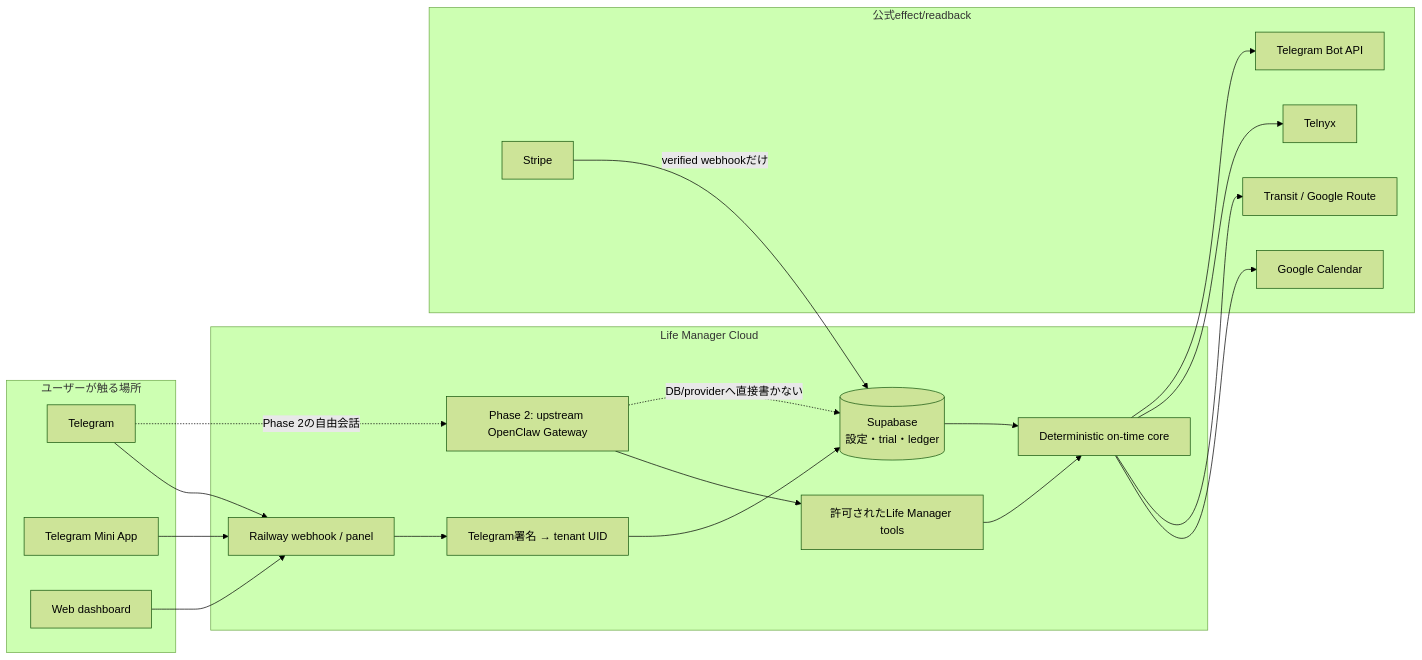
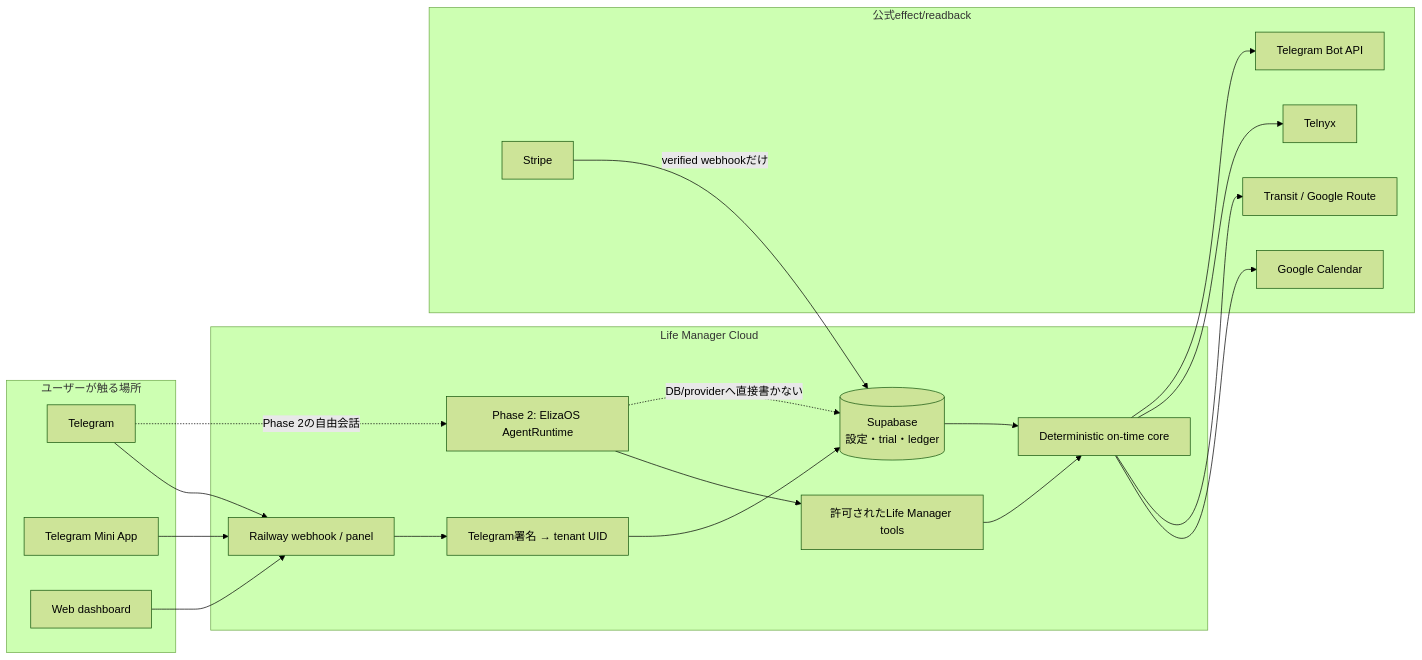
The third of 11 diagrams in docs/superpowers/specs/2026-08-28-life-manager-cloud-telegram-product-ux-design.md (Daisuke134/anicca), drawn with Mermaid (forest theme) before and after one commit. The commit also changed other lines of this file and 1 other file, not shown here.

Commit message:
docs(life-manager): select ElizaOS after code audit

````diff
--- a/docs/superpowers/specs/2026-08-28-life-manager-cloud-telegram-product-ux-design.md
+++ b/docs/superpowers/specs/2026-08-28-life-manager-cloud-telegram-product-ux-design.md
@@ -155,39 +155,39 @@
 ```mermaid
 flowchart LR
   subgraph CHANNELS[ユーザーが触る場所]
     TG[Telegram]
     MINI[Telegram Mini App]
     WEB[Web dashboard]
   end
 
   subgraph CLOUD[Life Manager Cloud]
     EDGE[Railway webhook / panel]
     ID[Telegram署名 → tenant UID]
     DB[(Supabase\n設定・trial・ledger)]
     CORE[Deterministic on-time core]
-    CHAT[Phase 2: upstream OpenClaw Gateway]
+    CHAT[Phase 2: ElizaOS AgentRuntime]
     TOOLS[許可されたLife Manager tools]
   end
 
   subgraph PROVIDERS[公式effect/readback]
     GC[Google Calendar]
     ROUTE[Transit / Google Route]
     TX[Telnyx]
     API[Telegram Bot API]
     STRIPE[Stripe]
   end
 
   TG --> EDGE
   MINI --> EDGE
   WEB --> EDGE
   EDGE --> ID --> DB
   DB --> CORE
   CORE --> GC
   CORE --> ROUTE
   CORE --> TX
   CORE --> API
   STRIPE -->|verified webhookだけ| DB
   TG -. Phase 2の自由会話 .-> CHAT
   CHAT --> TOOLS --> CORE
   CHAT -. DB/providerへ直接書かない .-> DB
 ```
````
